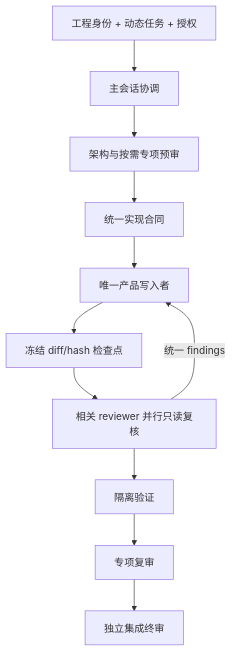
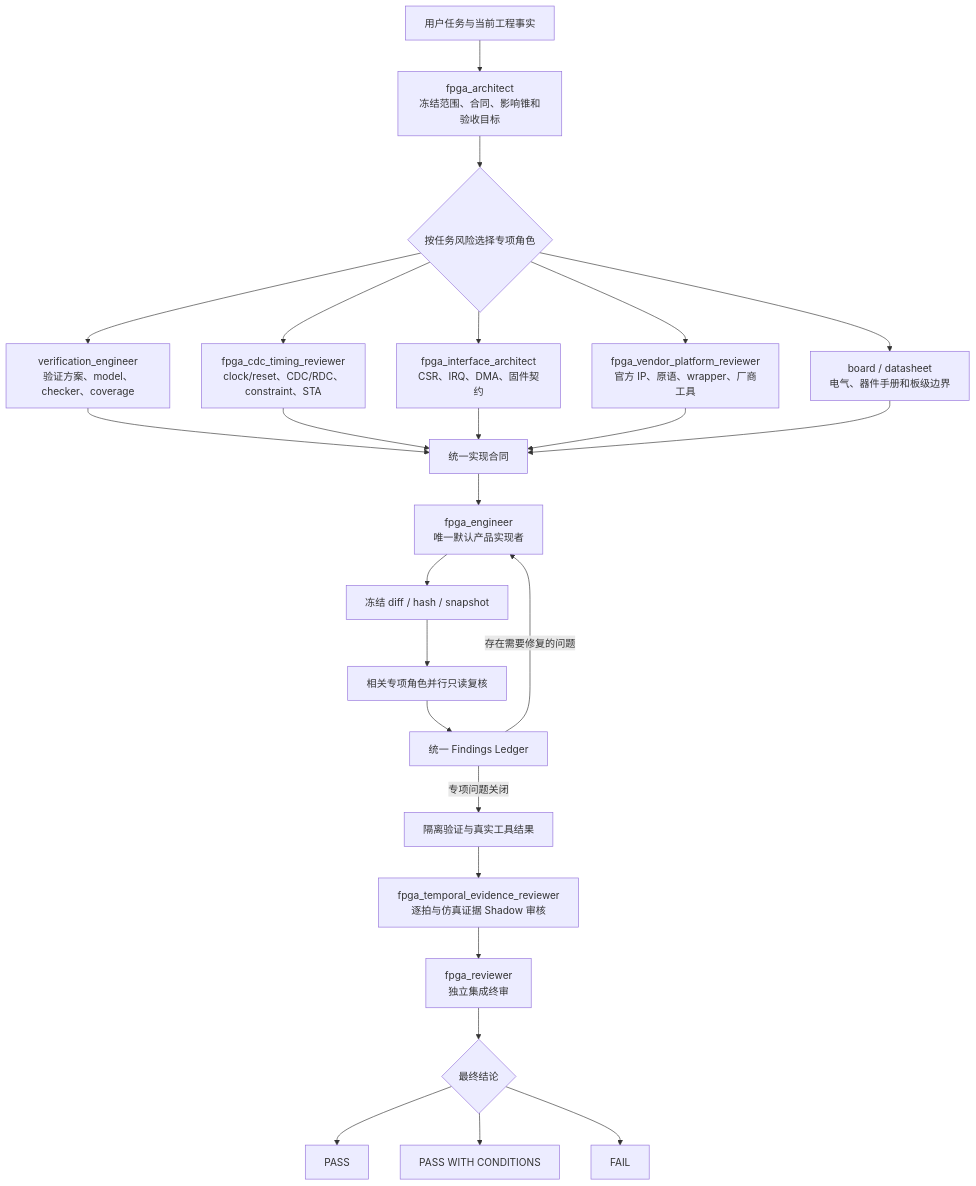
One commit to prasetyarobert205-jpg/codex-fpga-engineering-workflow-zh changed the diagram in docs/architecture.md. Above: the diagram before and after it, drawn with Mermaid. The commit also changed other lines of this file and 7 other files, not shown here.

Commit message:
改进中文文档、流程图和角色优势

````diff
--- a/docs/architecture.md
+++ b/docs/architecture.md
@@ -39,13 +27,35 @@
 ```mermaid
 flowchart TD
-    A[工程身份 + 动态任务 + 授权] --> B[主会话协调]
-    B --> C[架构与按需专项预审]
-    C --> D[统一实现合同]
-    D --> E[唯一产品写入者]
-    E --> F[冻结 diff/hash 检查点]
-    F --> G[相关 reviewer 并行只读复核]
-    G -->|统一 findings| E
-    G --> H[隔离验证]
-    H --> I[专项复审]
-    I --> J[独立集成终审]
+    U[用户任务与当前工程事实] --> A[fpga_architect<br/>冻结范围、合同、影响锥和验收目标]
+
+    A --> ROUTE{按任务风险选择专项角色}
+
+    ROUTE --> V[verification_engineer<br/>验证方案、model、checker、coverage]
+    ROUTE --> C[fpga_cdc_timing_reviewer<br/>clock/reset、CDC/RDC、constraint、STA]
+    ROUTE --> I[fpga_interface_architect<br/>CSR、IRQ、DMA、固件契约]
+    ROUTE --> P[fpga_vendor_platform_reviewer<br/>官方 IP、原语、wrapper、厂商工具]
+    ROUTE --> B[board / datasheet<br/>电气、器件手册和板级边界]
+
+    V --> CONTRACT[统一实现合同]
+    C --> CONTRACT
+    I --> CONTRACT
+    P --> CONTRACT
+    B --> CONTRACT
+
+    CONTRACT --> W[fpga_engineer<br/>唯一默认产品实现者]
+    W --> SNAPSHOT[冻结 diff / hash / snapshot]
+
+    SNAPSHOT --> RV[相关专项角色并行只读复核]
+    RV --> LEDGER[统一 Findings Ledger]
+
+    LEDGER -->|存在需要修复的问题| W
+    LEDGER -->|专项问题关闭| TEST[隔离验证与真实工具结果]
+
+    TEST --> T[fpga_temporal_evidence_reviewer<br/>逐拍与仿真证据 Shadow 审核]
+    T --> F[fpga_reviewer<br/>独立集成终审]
+
+    F --> RESULT{最终结论}
+    RESULT --> PASS[PASS]
+    RESULT --> CONDITIONAL[PASS WITH CONDITIONS]
+    RESULT --> FAIL[FAIL]
 ```
````
